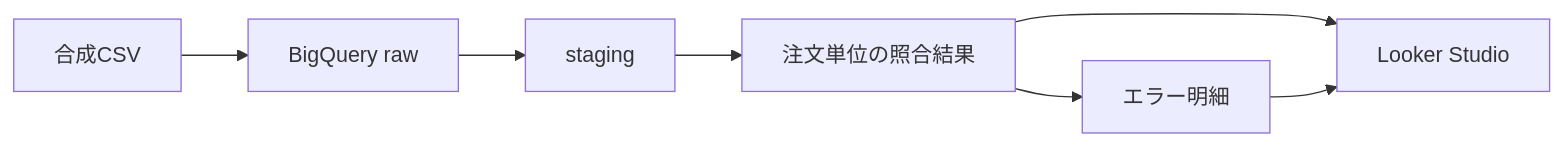
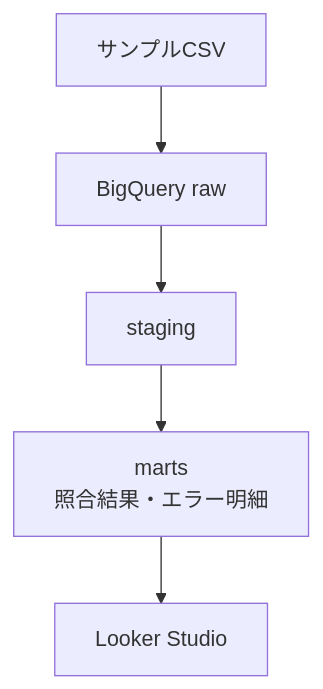
One commit to Naohide-Sugita/payment-reconciliation-data-mart changed the diagram in README.md. Above: the diagram before and after it, drawn with Mermaid. The commit also changed other lines of this file, not shown here.

````diff
--- a/README.md
+++ b/README.md
@@ -9,9 +9,7 @@
 ```mermaid
-flowchart LR
-    CSV["合成CSV"] --> RAW["BigQuery raw"]
+flowchart TD
+    CSV["サンプルCSV"] --> RAW["BigQuery raw"]
     RAW --> STG["staging"]
-    STG --> REC["注文単位の照合結果"]
-    REC --> ERR["エラー明細"]
-    REC --> BI["Looker Studio"]
-    ERR --> BI
+    STG --> MARTS["marts<br/>照合結果・エラー明細"]
+    MARTS --> BI["Looker Studio"]
 ```
````
